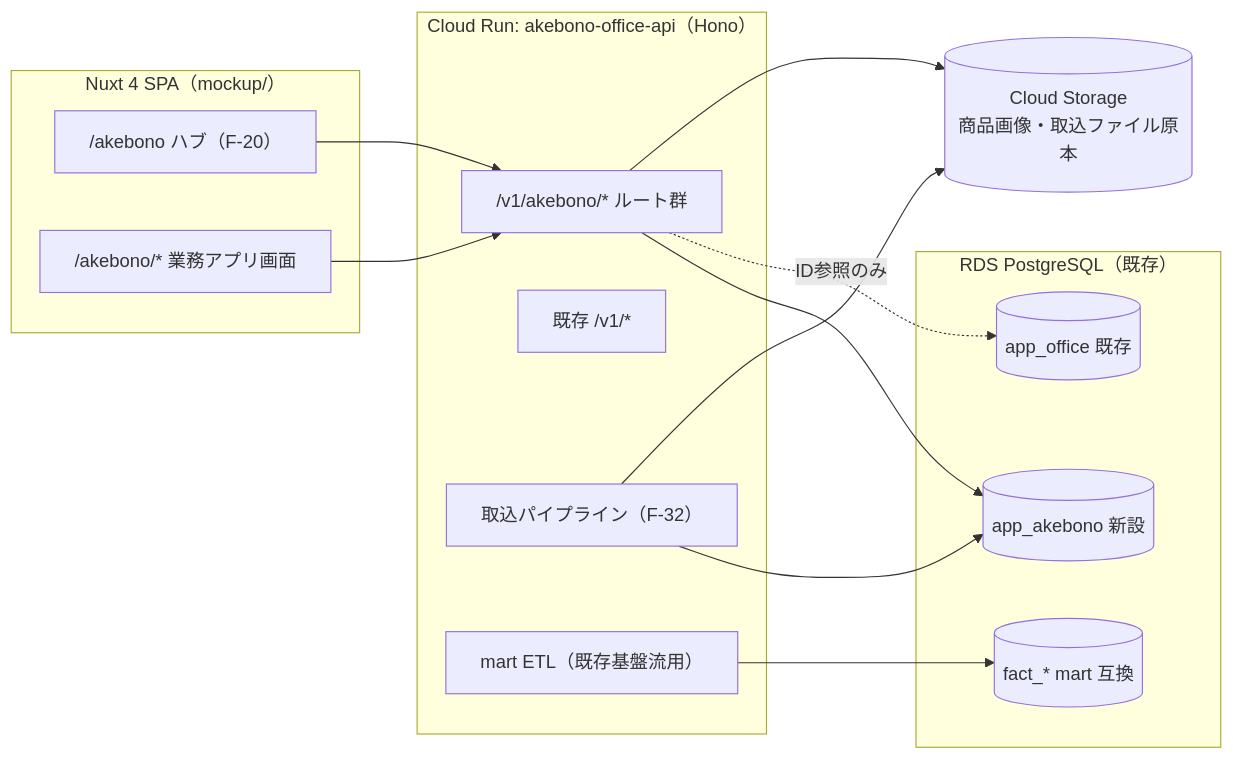
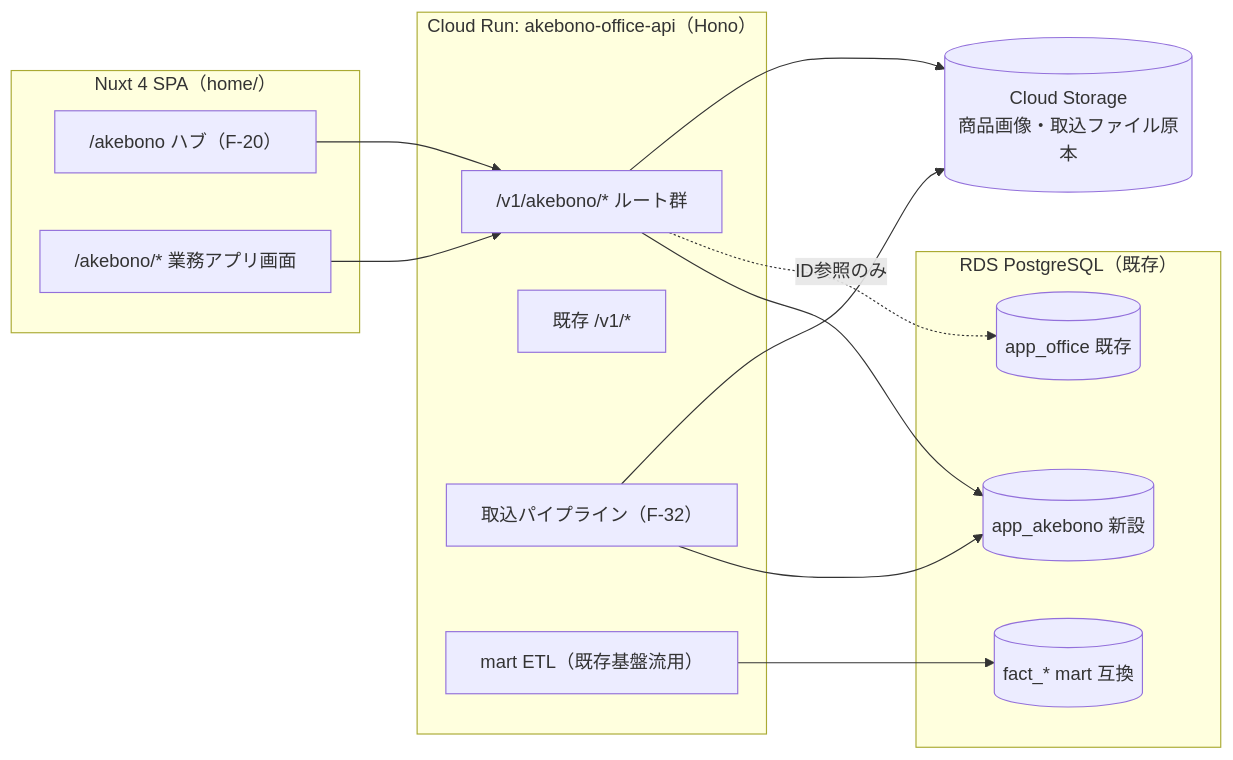
Before and after one commit to TSUNAGUBA/akebono-office: the first of 7 diagrams in .ai-native/outputs/phase5/akebono-menu-design.md, drawn with Mermaid. The commit also changed other lines of this file and 436 other files, not shown here.

First line of the commit message:
メインフロントエンドを mockup/ から home/ へ改名（参照の網羅置換つき）

````diff
--- a/.ai-native/outputs/phase5/akebono-menu-design.md
+++ b/.ai-native/outputs/phase5/akebono-menu-design.md
@@ -39,26 +39,26 @@
 ```mermaid
 flowchart LR
-    subgraph FE["Nuxt 4 SPA（mockup/）"]
+    subgraph FE["Nuxt 4 SPA（home/）"]
         P0["/akebono ハブ（F-20）"]
         P1["/akebono/* 業務アプリ画面"]
     end
     subgraph API["Cloud Run: akebono-office-api（Hono）"]
         R1["/v1/akebono/* ルート群"]
         R2[既存 /v1/*]
         IMP[取込パイプライン（F-32）]
         ETL[mart ETL（既存基盤流用）]
     end
     subgraph DB["RDS PostgreSQL（既存）"]
         S1[(app_office 既存)]
         S2[(app_akebono 新設)]
         S3[(fact_* mart 互換)]
     end
     GCS[(Cloud Storage<br/>商品画像・取込ファイル原本)]
     P0 & P1 --> R1
     R1 --> S2
     R1 -. ID参照のみ .-> S1
     IMP --> S2
     IMP --> GCS
     ETL --> S3
     R1 --> GCS
 ```
````
